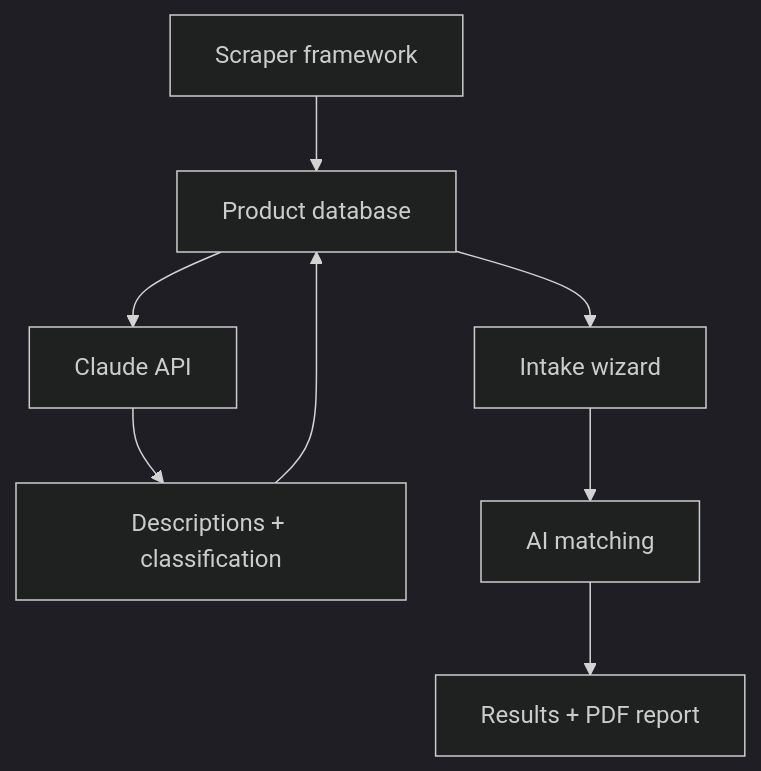
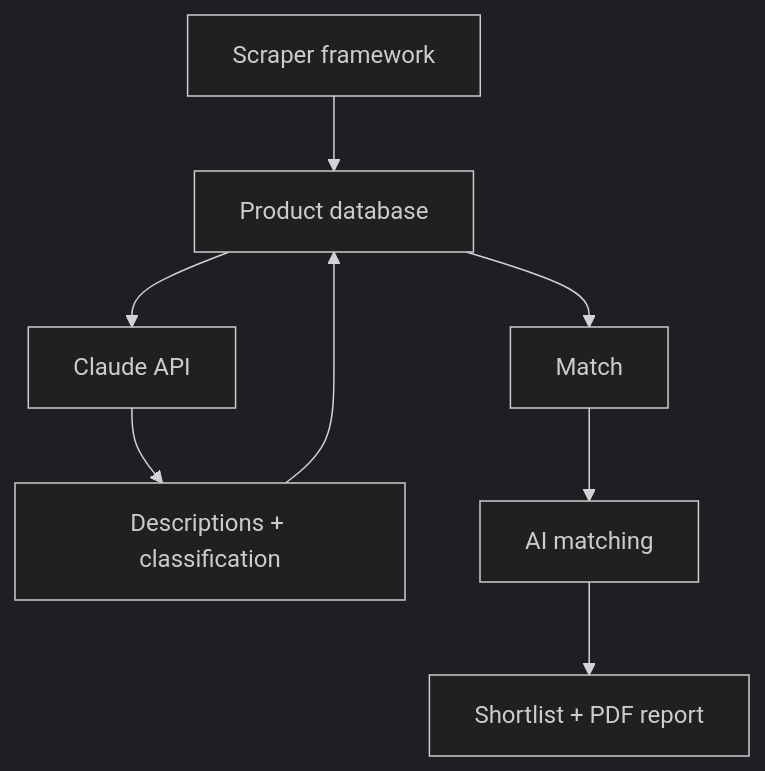
One commit to Minimalistic/marsh.city changed the diagram in src/content/projects/whatcanhelp.md. Above: the diagram before and after it, drawn with Mermaid (dark theme). The commit also changed other lines of this file, not shown here.

````diff
--- a/src/content/projects/whatcanhelp.md
+++ b/src/content/projects/whatcanhelp.md
@@ -104,10 +90,10 @@
 ```mermaid
 flowchart TD
   A[Scraper framework] --> B[Product database]
   B --> C[Claude API]
   C --> D[Descriptions + classification]
   D --> B
-  B --> E[Intake wizard]
+  B --> E[Match]
   E --> F[AI matching]
-  F --> G[Results + PDF report]
+  F --> G[Shortlist + PDF report]
 ```
````
